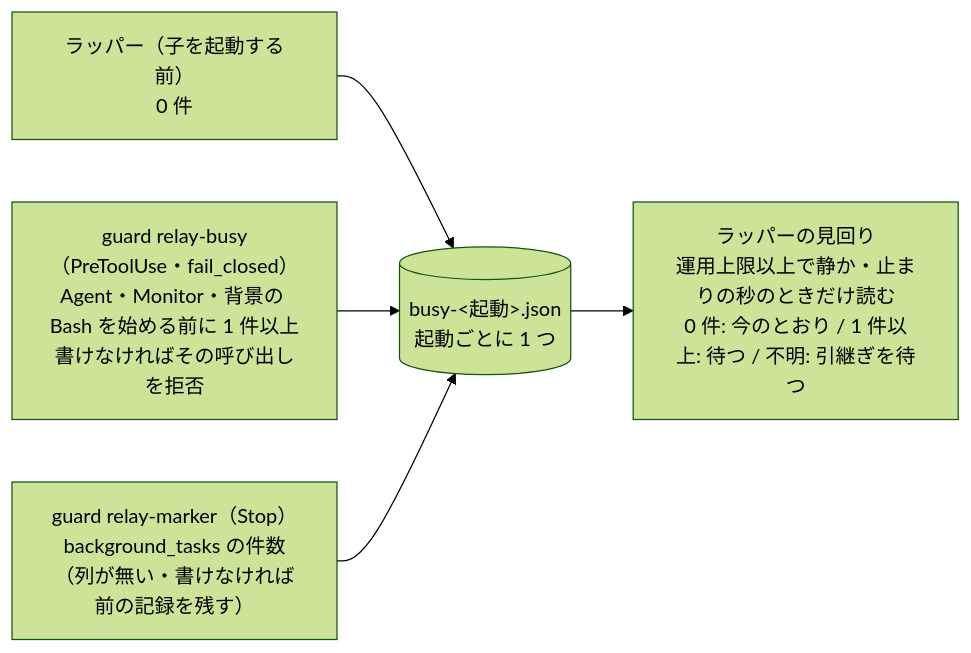
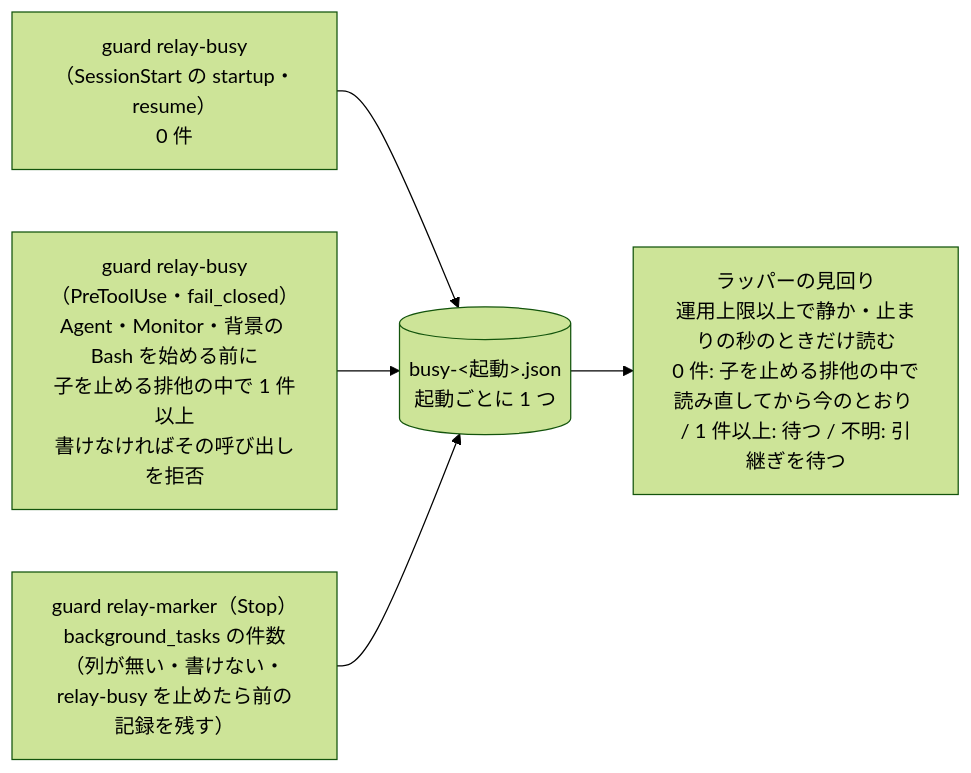
Before and after one commit to devbasex/ai-plugins: the second of 3 diagrams in issues/issue-4049-design.md, drawn with Mermaid (forest theme). The commit also changed other lines of this file and 1 other file, not shown here.

First line of the commit message:
Docs: 背景の作業の記録を子の SessionStart で始め、開始の記録とラッパーが子を止める直前の読み直しを子を止める排他で直列にし、relay-busy を context-limit の後に置く（#4049 のクロスレビュー r1-1〜r1-8）

````diff
--- a/issues/issue-4049-design.md
+++ b/issues/issue-4049-design.md
@@ -49,12 +49,12 @@
 ```mermaid
 flowchart LR
-  L["ラッパー（子を起動する前）<br>0 件"]
-  P["guard relay-busy（PreToolUse・fail_closed）<br>Agent・Monitor・背景の Bash を始める前に 1 件以上<br>書けなければその呼び出しを拒否"]
-  S["guard relay-marker（Stop）<br>background_tasks の件数<br>（列が無い・書けなければ前の記録を残す）"]
+  L["guard relay-busy（SessionStart の startup・resume）<br>0 件"]
+  P["guard relay-busy（PreToolUse・fail_closed）<br>Agent・Monitor・背景の Bash を始める前に<br>子を止める排他の中で 1 件以上<br>書けなければその呼び出しを拒否"]
+  S["guard relay-marker（Stop）<br>background_tasks の件数<br>（列が無い・書けない・relay-busy を止めたら前の記録を残す）"]
   B[("busy-&lt;起動&gt;.json<br>起動ごとに 1 つ")]
-  R["ラッパーの見回り<br>運用上限以上で静か・止まりの秒のときだけ読む<br>0 件: 今のとおり / 1 件以上: 待つ / 不明: 引継ぎを待つ"]
+  R["ラッパーの見回り<br>運用上限以上で静か・止まりの秒のときだけ読む<br>0 件: 子を止める排他の中で読み直してから今のとおり / 1 件以上: 待つ / 不明: 引継ぎを待つ"]
   L --> B
   P --> B
   S --> B
   B --> R
 ```
````
